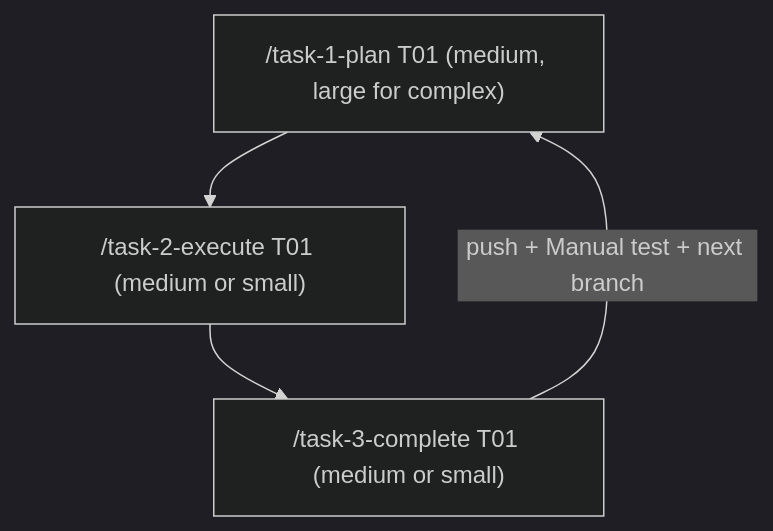
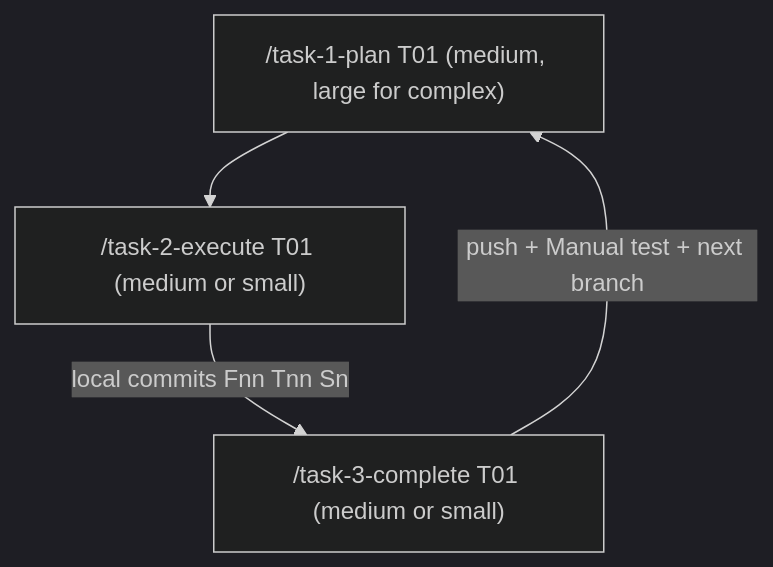
One commit to commoddity/turboplan changed the diagram in README.md. Above: the diagram before and after it, drawn with Mermaid (dark theme). The commit also changed other lines of this file and 29 other files, not shown here.

````diff
--- a/README.md
+++ b/README.md
@@ -68,6 +68,6 @@
 ```mermaid
 flowchart TD
     P["/task-1-plan T01 (medium, large for complex)"] --> E["/task-2-execute T01 (medium or small)"]
-    E --> C["/task-3-complete T01 (medium or small)"]
+    E -->|"local commits Fnn Tnn Sn"| C["/task-3-complete T01 (medium or small)"]
     C -->|"push + Manual test + next branch"| P
 ```
````
